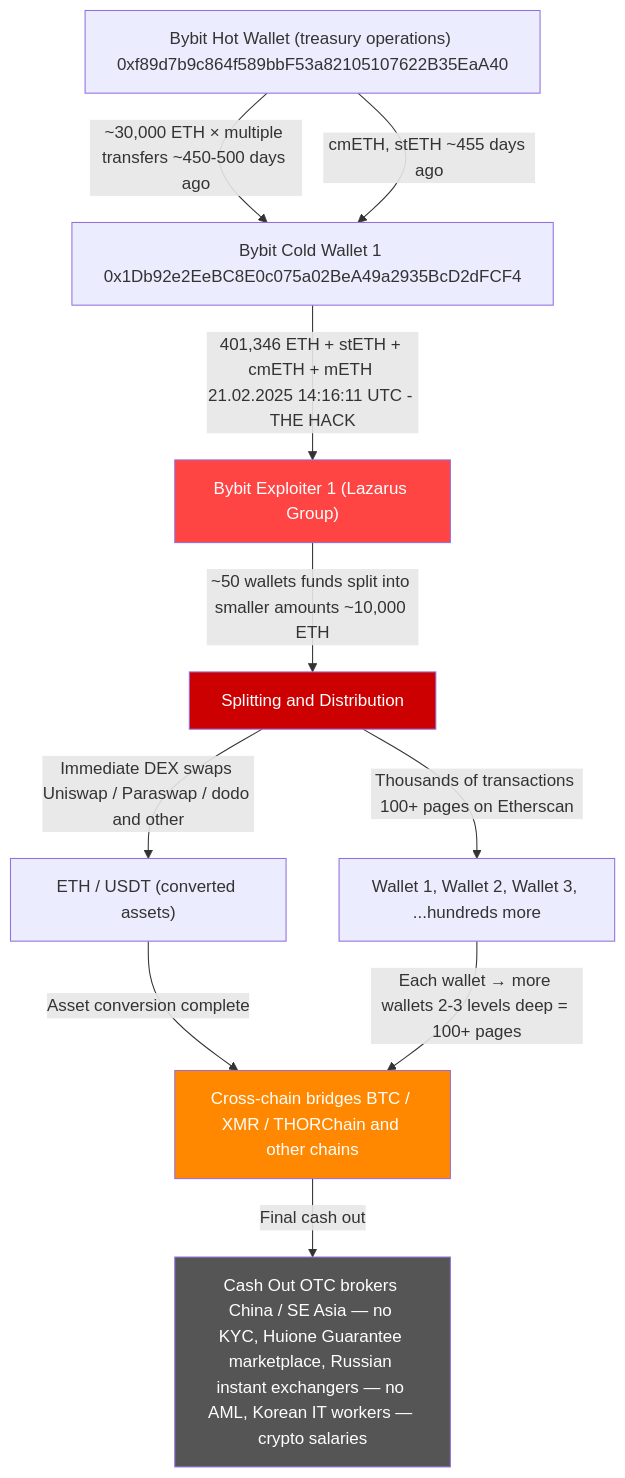
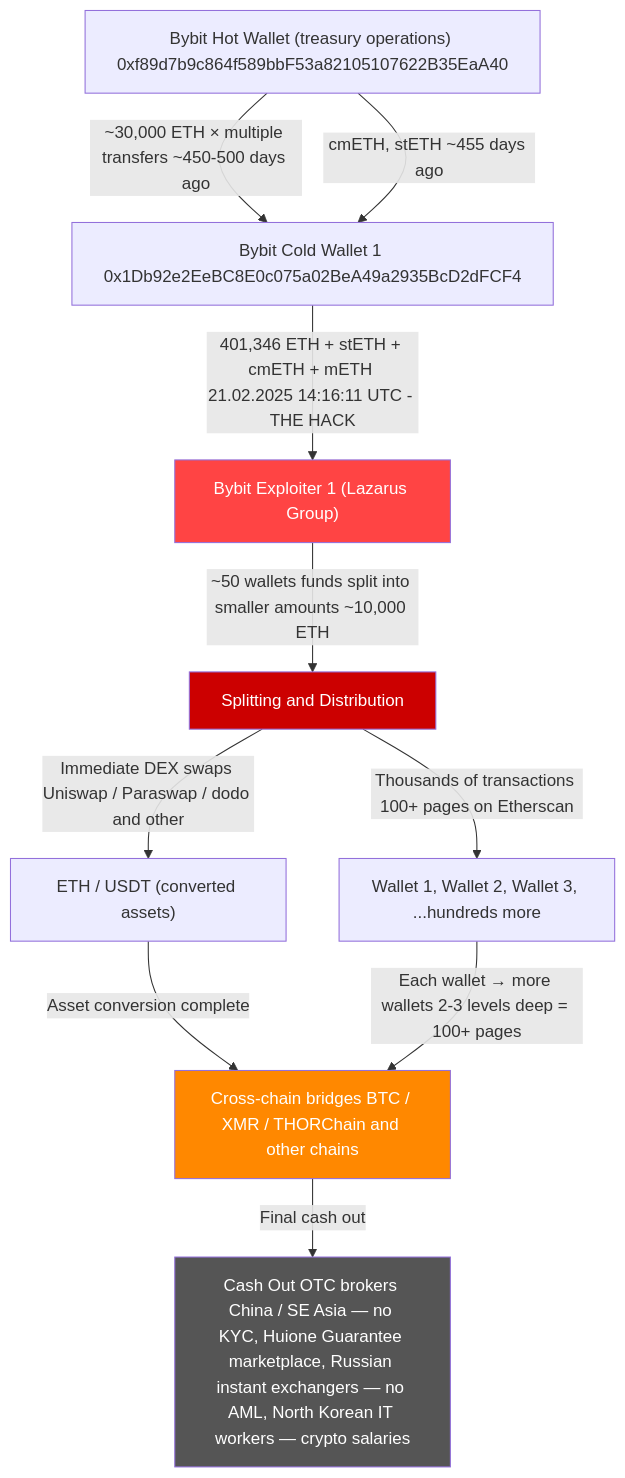
Before and after one commit to KotsykAndrey/aml-blockchain-portfolio: the first of 3 diagrams in case-1-bybit-hack/README.md, drawn with Mermaid. The commit also changed other lines of this file, not shown here.

````diff
--- a/case-1-bybit-hack/README.md
+++ b/case-1-bybit-hack/README.md
@@ -202,16 +202,16 @@
 ```mermaid
 flowchart TD
     A["Bybit Hot Wallet (treasury operations) 0xf89d7b9c864f589bbF53a82105107622B35EaA40"] -->|"~30,000 ETH × multiple transfers ~450-500 days ago"| B["Bybit Cold Wallet 1 0x1Db92e2EeBC8E0c075a02BeA49a2935BcD2dFCF4"]
     A -->|"cmETH, stETH ~455 days ago"| B
     B -->|"401,346 ETH + stETH + cmETH + mETH 21.02.2025 14:16:11 UTC - THE HACK"| D["Bybit Exploiter 1 (Lazarus Group)"]
     D -->|"~50 wallets funds split into smaller amounts ~10,000 ETH"| S["Splitting and Distribution"]
     S -->|"Immediate DEX swaps Uniswap / Paraswap / dodo and other"| E["ETH / USDT (converted assets)"]
     S -->|"Thousands of transactions 100+ pages on Etherscan"| F["Wallet 1, Wallet 2, Wallet 3, ...hundreds more"]
     E -->|"Asset conversion complete"| G["Cross-chain bridges BTC / XMR / THORChain and other chains"]
     F -->|"Each wallet → more wallets 2-3 levels deep = 100+ pages"| G
-    G -->|"Final cash out"| H["Cash Out OTC brokers China / SE Asia — no KYC, Huione Guarantee marketplace, Russian instant exchangers — no AML, Korean IT workers — crypto salaries"]
+    G -->|"Final cash out"| H["Cash Out OTC brokers China / SE Asia — no KYC, Huione Guarantee marketplace, Russian instant exchangers — no AML, North Korean IT workers — crypto salaries"]
     style D fill:#ff4444,color:#fff
     style G fill:#ff8800,color:#fff
     style S fill:#cc0000,color:#fff
     style H fill:#555555,color:#fff
 ```
````
